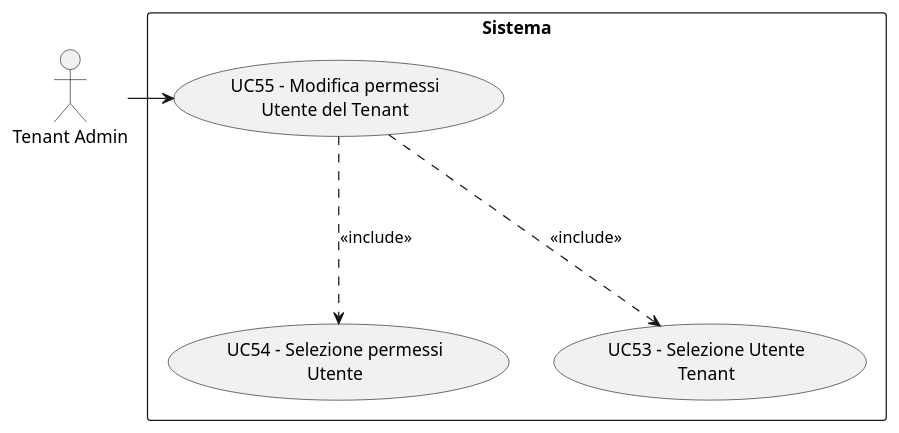
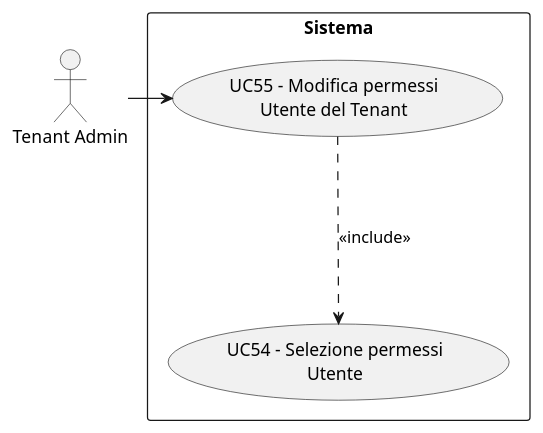
One commit to NoTIPswe/RepoDocumentale changed the diagram in docs/12-rtb/docest/analisi_requisiti/puml_output/cloud/modifica_permessi_utente.puml. Above: the diagram before and after it, drawn with PlantUML. The commit also changed 17 other files, not shown here.

```diff
--- a/docs/12-rtb/docest/analisi_requisiti/puml_output/cloud/modifica_permessi_utente.puml
+++ b/docs/12-rtb/docest/analisi_requisiti/puml_output/cloud/modifica_permessi_utente.puml
@@ -1,18 +1,16 @@
 @startuml
 skinparam wrapWidth 200
 skinparam MaxMessageSize 150
 top to bottom direction
 skinparam packageStyle rectangle
 
 actor "Tenant Admin" as CA_tenant_adm
 
 rectangle "Sistema" {
     usecase "UC55 - Modifica permessi Utente del Tenant" as modifica_permessi_utente
     usecase "UC54 - Selezione permessi Utente" as selezione_permessi_utente
-    usecase "UC53 - Selezione Utente Tenant" as selezione_utente_tenant
 }
 
 CA_tenant_adm -right-> modifica_permessi_utente
-modifica_permessi_utente -down..> selezione_utente_tenant : <<include>>
 modifica_permessi_utente -down..> selezione_permessi_utente : <<include>>
 @enduml
```
